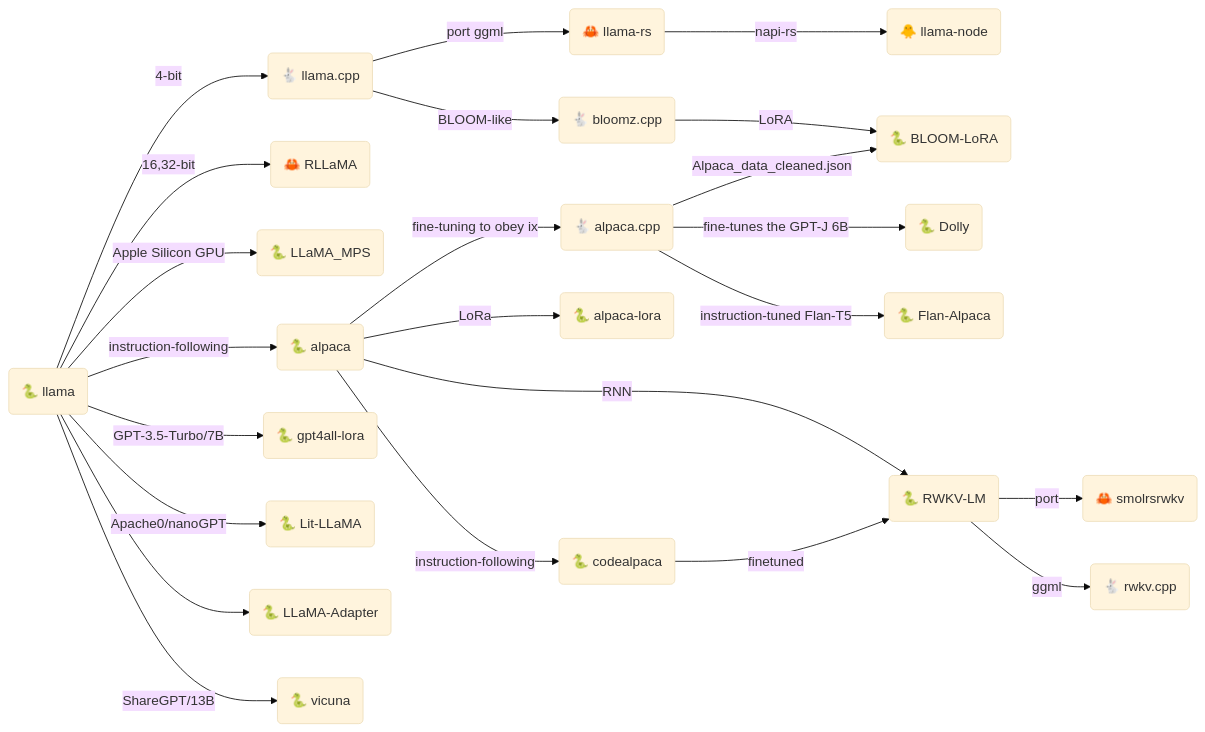
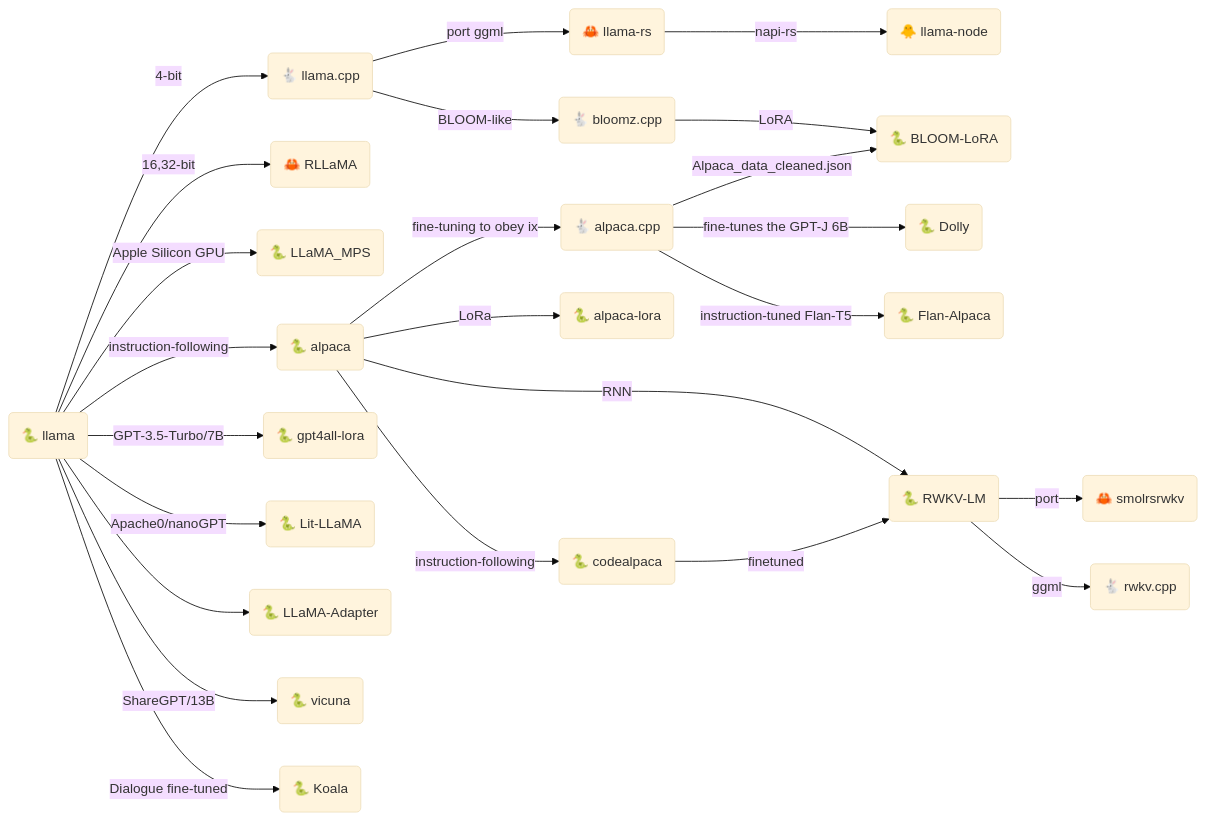
The second of 4 diagrams in src/ml/llama.md (gist-rs/book), drawn with Mermaid (base theme) before and after one commit. The commit also changed other lines of this file and 1 other file, not shown here.

Commit message:
feat: add koala

````diff
--- a/src/ml/llama.md
+++ b/src/ml/llama.md
@@ -35,24 +35,25 @@
 ```mermaid
 graph LR;
 A("🐍 llama") --"4-bit"--> B("🐇 llama.cpp")
 B --port ggml--> C("🦀 llama-rs")
 A --"16,32-bit"--> CC("🦀 RLLaMA")
 A --Apple Silicon GPU--> AA("🐍 LLaMA_MPS")
 C --"napi-rs"--> I("🐥 llama-node")
 E --"fine-tuning to obey ix"--> D("🐇 alpaca.cpp")
 E --instruction-following--> H("🐍 codealpaca")
 A --instruction-following--> E("🐍 alpaca") --LoRa--> F("🐍 alpaca-lora")
 B --BLOOM-like--> BB("🐇 bloomz.cpp")
 BB --LoRA--> DDDD("🐍 BLOOM-LoRA")
 D --"fine-tunes the GPT-J 6B"--> DD("🐍 Dolly")
 D --"instruction-tuned Flan-T5"--> DDD("🐍 Flan-Alpaca")
 D --Alpaca_data_cleaned.json--> DDDD
 E --RNN--> EE("🐍 RWKV-LM")
 EE("🐍 RWKV-LM") --port--> EEE("🦀 smolrsrwkv")
 H --finetuned--> EE
 EE --ggml--> EEEE("🐇 rwkv.cpp")
 A --"GPT-3.5-Turbo/7B"--> FF("🐍 gpt4all-lora")
 A --"Apache0/nanoGPT"--> AAAA("🐍 Lit-LLaMA")
 A --> AAA("🐍 LLaMA-Adapter")
 A --ShareGPT/13B--> AAAAA("🐍 vicuna")
+A --Dialogue fine-tuned--> AAAAAA("🐍 Koala")
 ```
````
